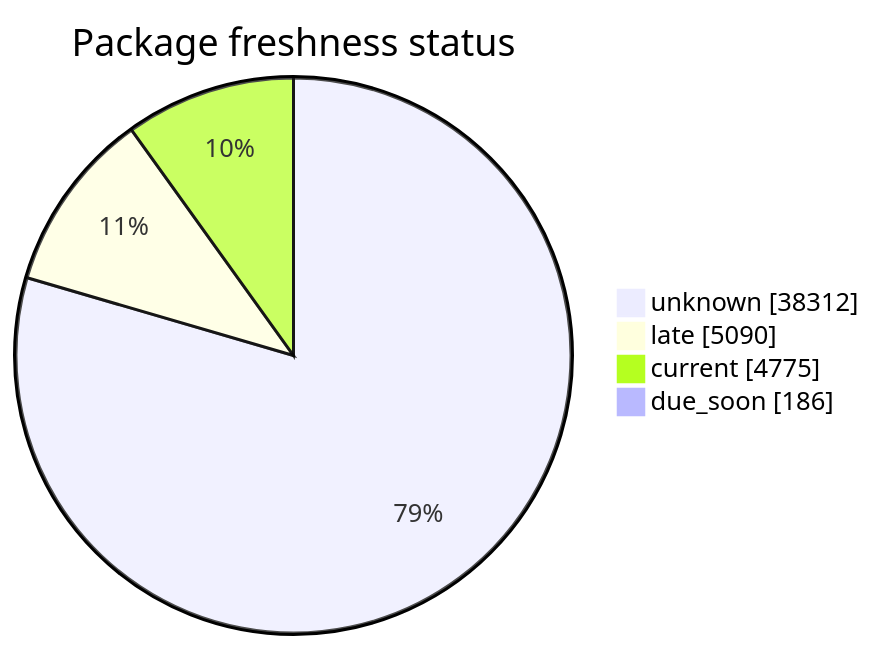
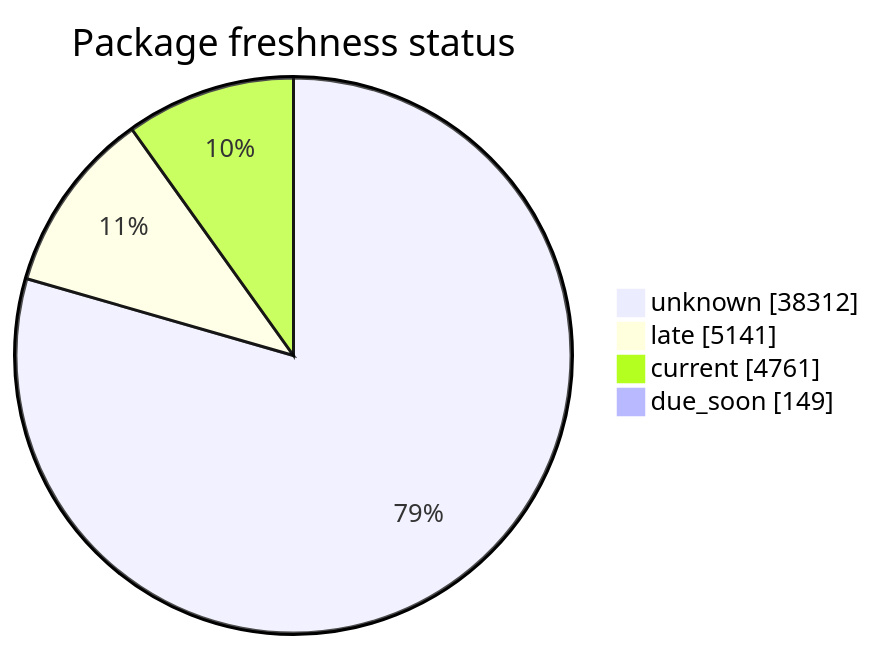
One commit to open-data/analytics-corporate-reporting changed the second of 5 diagrams in FreshCheck/README.md. Above: the diagram before and after it, drawn with Mermaid. The commit also changed other lines of this file and 3 other files, not shown here.

````diff
--- a/FreshCheck/README.md
+++ b/FreshCheck/README.md
@@ -68,7 +68,7 @@
 ```mermaid
 pie showData title Package freshness status
     "unknown": 38312
-    "late": 5090
-    "current": 4775
-    "due_soon": 186
+    "late": 5141
+    "current": 4761
+    "due_soon": 149
 ```
````
